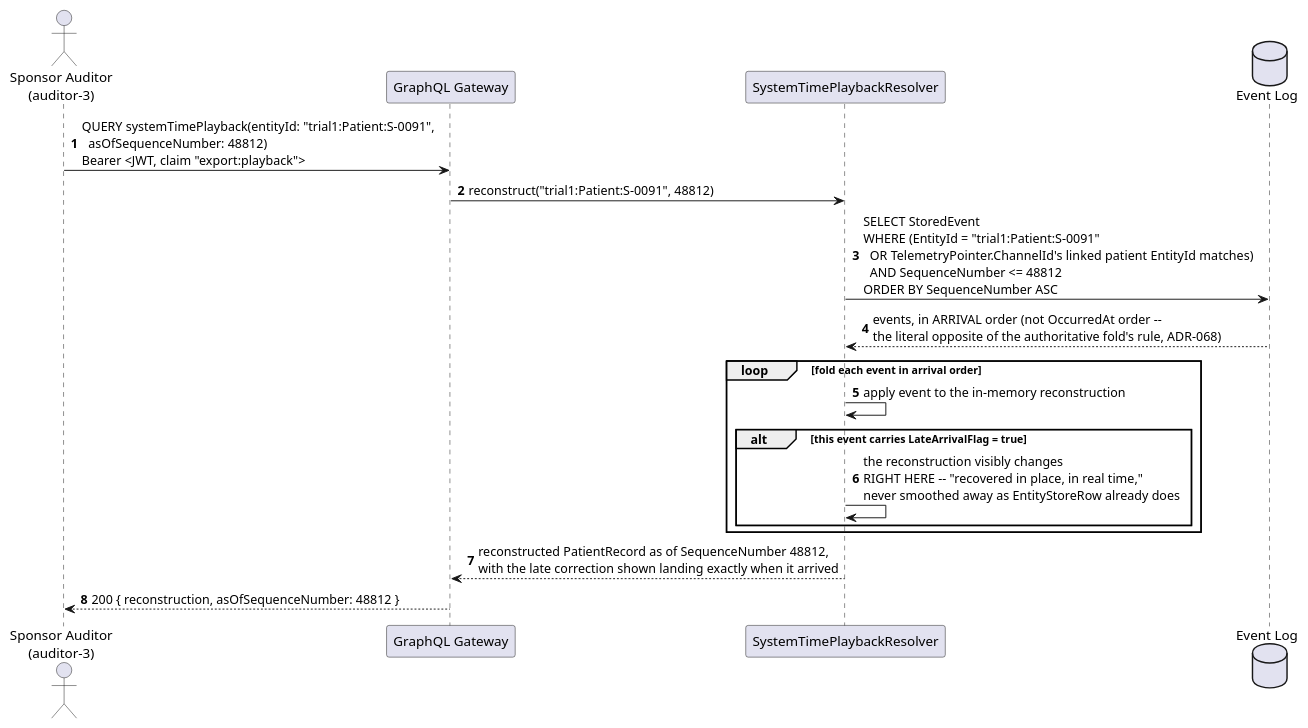
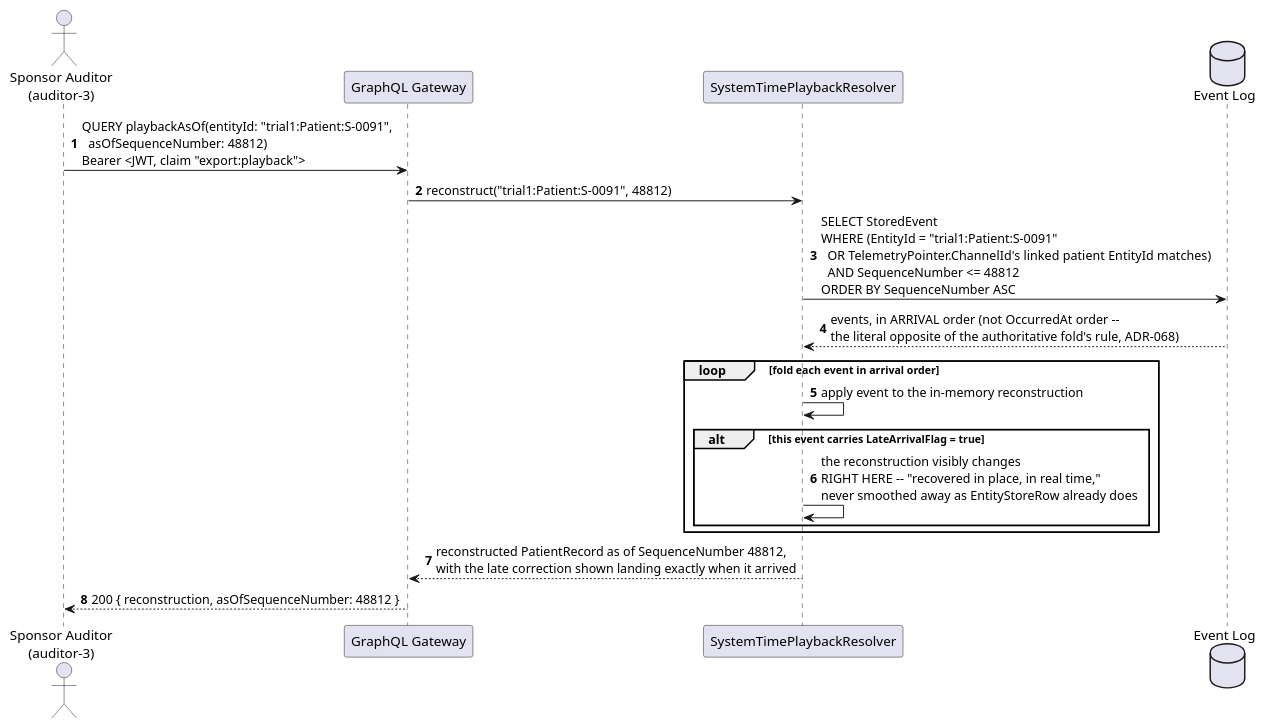
One commit to Mwwhited-BookLearning/EventSourcing changed the second of 9 diagrams in docs/domains/clinical-trials-device-telemetry/features/trial-data-export-and-subject-rights.md. Above: the diagram before and after it, drawn with PlantUML. The commit also changed other lines of this file and 39 other files, not shown here.

````diff
--- a/docs/domains/clinical-trials-device-telemetry/features/trial-data-export-and-subject-rights.md
+++ b/docs/domains/clinical-trials-device-telemetry/features/trial-data-export-and-subject-rights.md
@@ -95,22 +95,22 @@
 ```plantuml
 @startuml SystemTimePlayback_Sequence
 autonumber
 actor "Sponsor Auditor\n(auditor-3)" as auditor
 participant "GraphQL Gateway" as gateway
 participant "SystemTimePlaybackResolver" as playback
 database "Event Log" as eventLog
 
-auditor -> gateway: QUERY systemTimePlayback(entityId: "trial1:Patient:S-0091",\n  asOfSequenceNumber: 48812)\nBearer <JWT, claim "export:playback">
+auditor -> gateway: QUERY playbackAsOf(entityId: "trial1:Patient:S-0091",\n  asOfSequenceNumber: 48812)\nBearer <JWT, claim "export:playback">
 gateway -> playback: reconstruct("trial1:Patient:S-0091", 48812)
 playback -> eventLog: SELECT StoredEvent\nWHERE (EntityId = "trial1:Patient:S-0091"\n  OR TelemetryPointer.ChannelId's linked patient EntityId matches)\n  AND SequenceNumber <= 48812\nORDER BY SequenceNumber ASC
 eventLog --> playback: events, in ARRIVAL order (not OccurredAt order --\nthe literal opposite of the authoritative fold's rule, ADR-068)
 loop fold each event in arrival order
   playback -> playback: apply event to the in-memory reconstruction
   alt this event carries LateArrivalFlag = true
     playback -> playback: the reconstruction visibly changes\nRIGHT HERE -- "recovered in place, in real time,"\nnever smoothed away as EntityStoreRow already does
   end
 end
 playback --> gateway: reconstructed PatientRecord as of SequenceNumber 48812,\nwith the late correction shown landing exactly when it arrived
 gateway --> auditor: 200 { reconstruction, asOfSequenceNumber: 48812 }
 @enduml
 ```
````
